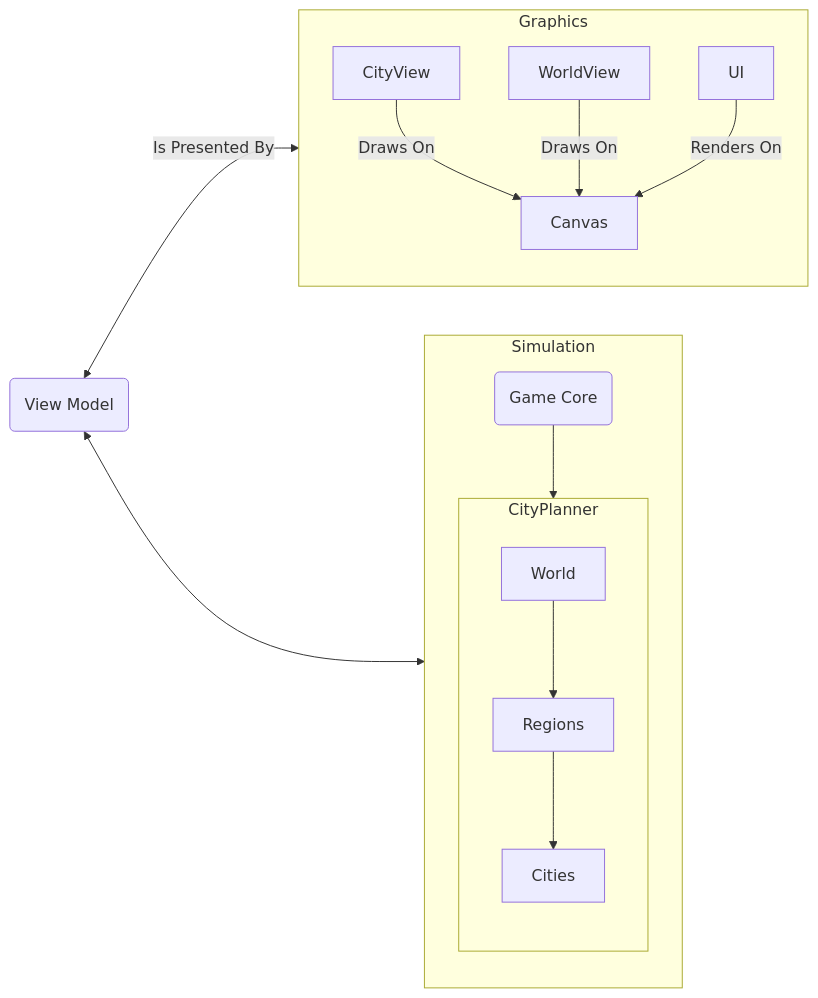
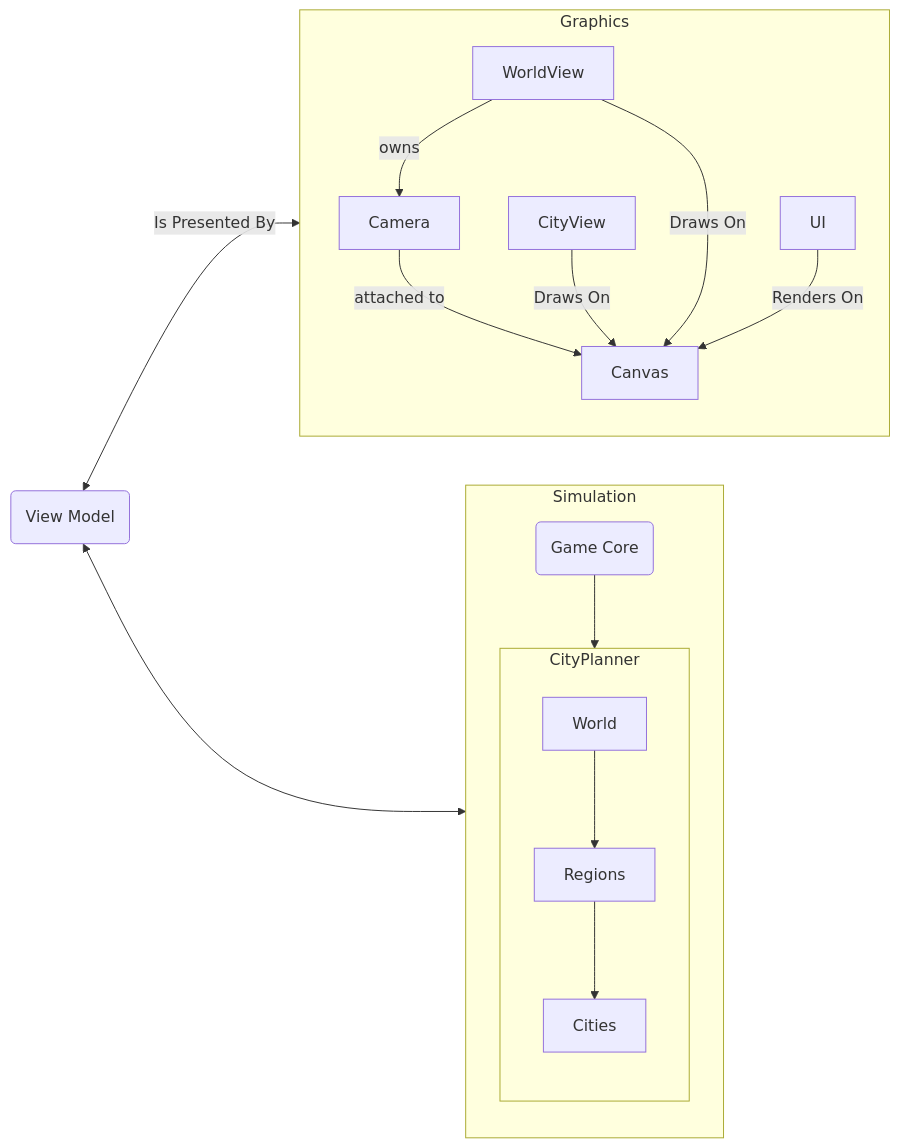
The first of 2 diagrams in docs/code/source/architecture/game_overview.rst (nmGit/Trains), drawn with Mermaid before and after one commit. The commit also changed other lines of this file and 35 other files, not shown here.

```diff
--- a/docs/code/source/architecture/game_overview.rst
+++ b/docs/code/source/architecture/game_overview.rst
@@ -8,29 +8,31 @@
 .. mermaid::
 
     flowchart LR
 
     subgraph Graphics
         direction TB
 
-        CityView -- "Draws On"--> Canvas 
+        Camera -- "attached to" --> Canvas
+        CityView -- "Draws On"--> Canvas
+        WorldView -- "owns" --> Camera
         WorldView --"Draws On"--> Canvas
 
         UI
     end
-    
+
     subgraph Simulation
         direction TB
 
         subgraph CityPlanner
             direction TB
             World --> Regions
             Regions --> Cities
         end
 
         Core("Game Core") --> CityPlanner
 
     end
 
     vm("View Model") <--"Is Presented By"--> Graphics
     vm <--> Simulation
     UI --"Renders On"--> Canvas
```
